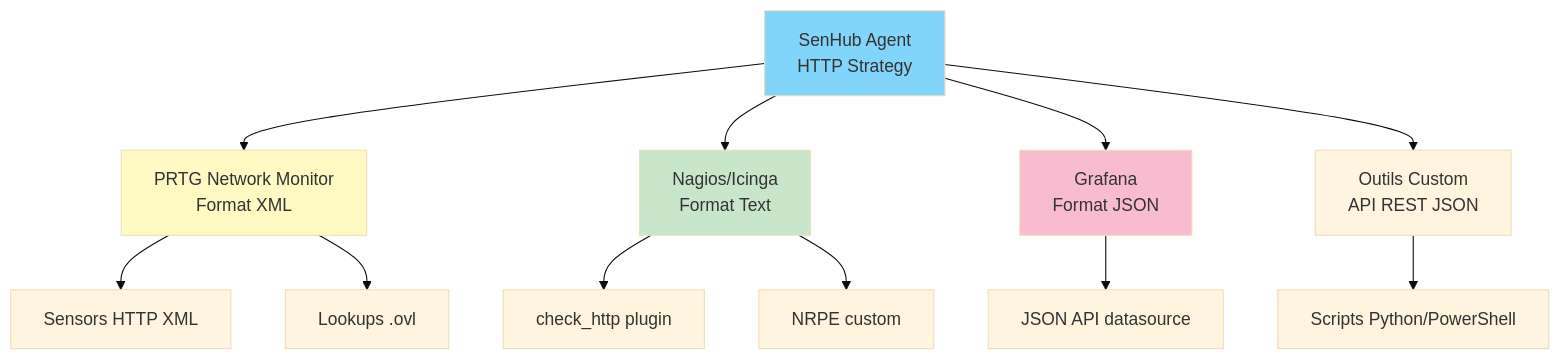
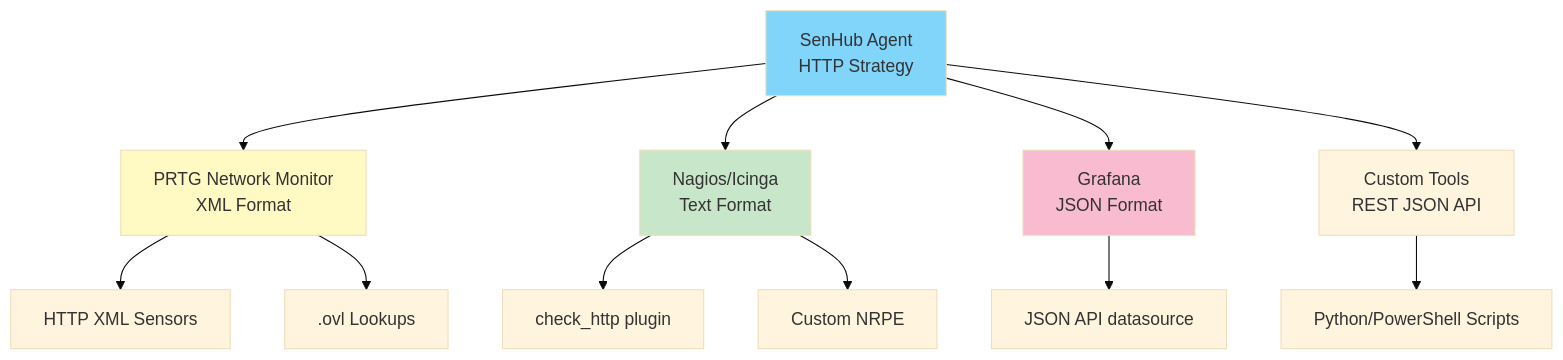
The first of 5 diagrams in docs/user-guide/METRICS-USAGE.md (senhub-io/senhub-agent), drawn with Mermaid (base theme) before and after one commit. The commit also changed other lines of this file and 2 other files, not shown here.

````diff
--- a/docs/user-guide/METRICS-USAGE.md
+++ b/docs/user-guide/METRICS-USAGE.md
@@ -20,19 +20,19 @@
 ```mermaid
 graph TD
-    AGENT[SenHub Agent<br/>HTTP Strategy] --> PRTG[PRTG Network Monitor<br/>Format XML]
-    AGENT --> NAGIOS[Nagios/Icinga<br/>Format Text]
-    AGENT --> GRAFANA[Grafana<br/>Format JSON]
-    AGENT --> CUSTOM[Outils Custom<br/>API REST JSON]
+    AGENT[SenHub Agent<br/>HTTP Strategy] --> PRTG[PRTG Network Monitor<br/>XML Format]
+    AGENT --> NAGIOS[Nagios/Icinga<br/>Text Format]
+    AGENT --> GRAFANA[Grafana<br/>JSON Format]
+    AGENT --> CUSTOM[Custom Tools<br/>REST JSON API]
 
-    PRTG --> P1[Sensors HTTP XML]
-    PRTG --> P2[Lookups .ovl]
+    PRTG --> P1[HTTP XML Sensors]
+    PRTG --> P2[.ovl Lookups]
     NAGIOS --> N1[check_http plugin]
-    NAGIOS --> N2[NRPE custom]
+    NAGIOS --> N2[Custom NRPE]
     GRAFANA --> G1[JSON API datasource]
-    CUSTOM --> C1[Scripts Python/PowerShell]
+    CUSTOM --> C1[Python/PowerShell Scripts]
 
     style AGENT fill:#81d4fa
     style PRTG fill:#fff9c4
     style NAGIOS fill:#c8e6c9
     style GRAFANA fill:#f8bbd0
 ```
````
